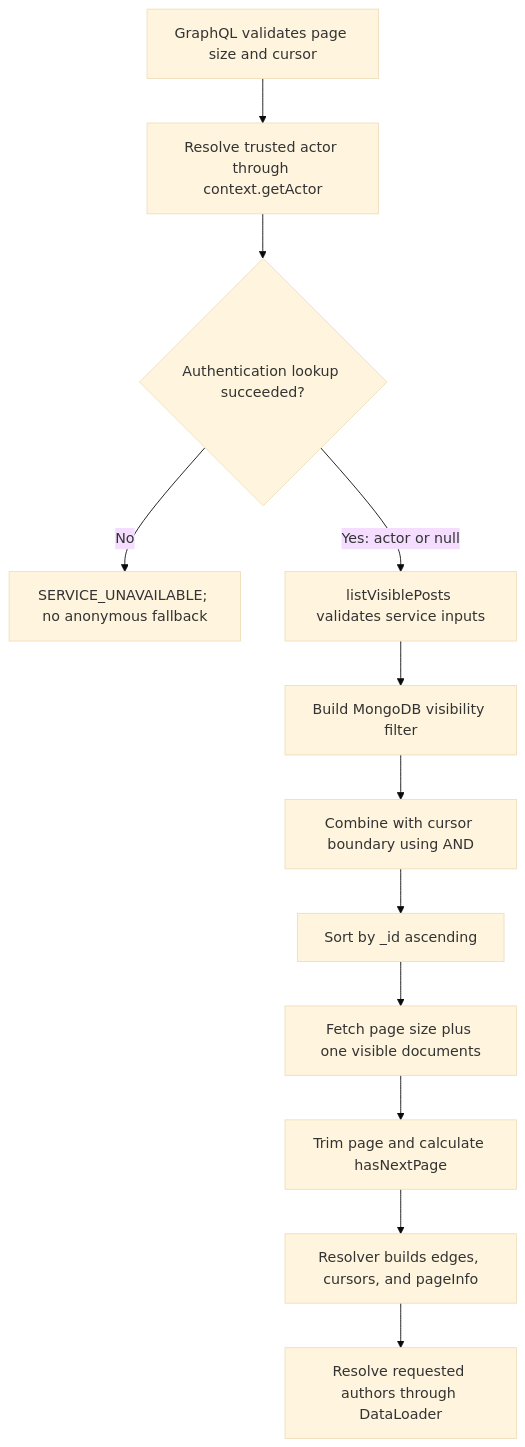
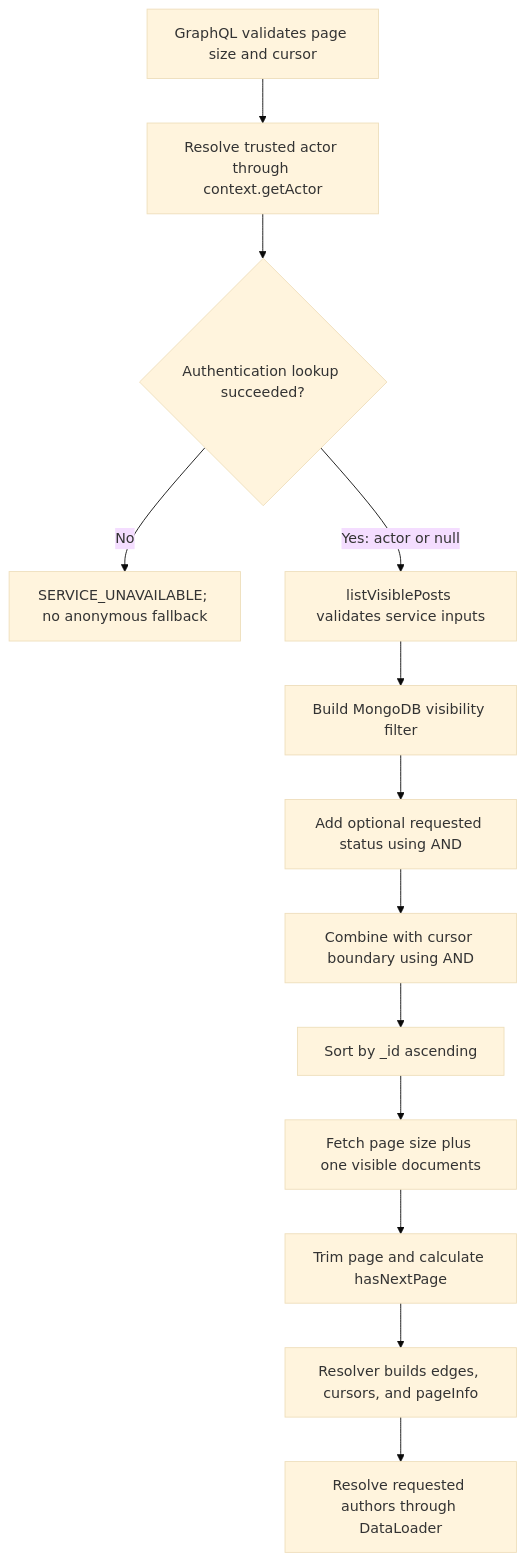
The seventh of 8 diagrams in docs/authorization.md (aruprakshit/GraphQL-Engineering-Lab), drawn with Mermaid (base theme) before and after one commit. The commit also changed other lines of this file, not shown here.

Commit message:
Document post status exposure and authorized filtering

````diff
--- a/docs/authorization.md
+++ b/docs/authorization.md
@@ -645,14 +647,15 @@
 ```mermaid
 flowchart TD
     ARGS["GraphQL validates page size and cursor"] --> AUTH["Resolve trusted actor through context.getActor"]
     AUTH --> RESULT{"Authentication lookup succeeded?"}
     RESULT -->|No| ERROR["SERVICE_UNAVAILABLE; no anonymous fallback"]
     RESULT -->|Yes: actor or null| SERVICE["listVisiblePosts validates service inputs"]
     SERVICE --> FILTER["Build MongoDB visibility filter"]
-    FILTER --> CURSOR["Combine with cursor boundary using AND"]
+    FILTER --> STATUS["Add optional requested status using AND"]
+    STATUS --> CURSOR["Combine with cursor boundary using AND"]
     CURSOR --> ORDER["Sort by _id ascending"]
     ORDER --> LIMIT["Fetch page size plus one visible documents"]
     LIMIT --> PAGE["Trim page and calculate hasNextPage"]
     PAGE --> MAP["Resolver builds edges, cursors, and pageInfo"]
     MAP --> AUTHORS["Resolve requested authors through DataLoader"]
 ```
````
